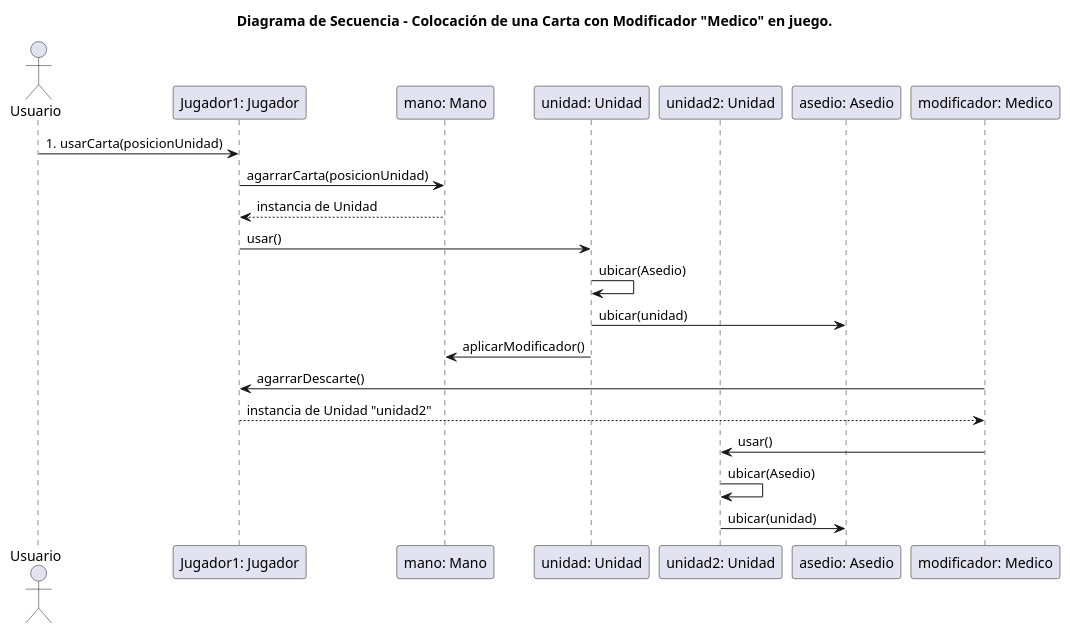
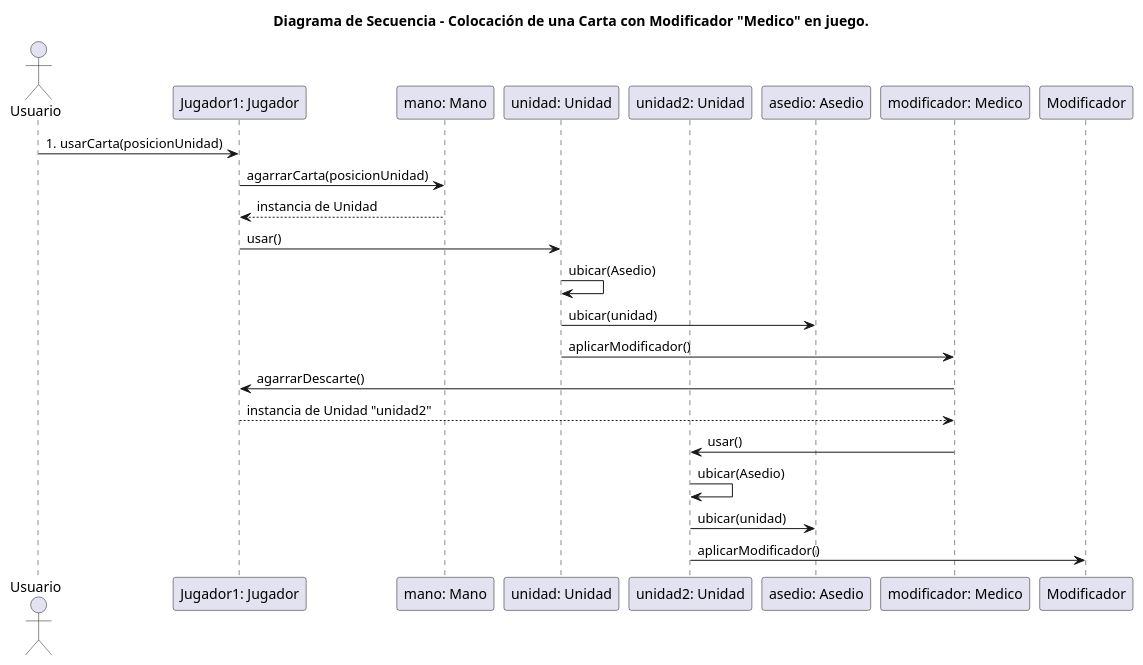
The diagram in diagrams/sequences/EntregaFinal/secuenciaMedico.puml (AgustN68/tp2-gwent), drawn with PlantUML before and after one commit. The commit also changed 1 other file, not shown here.

Commit message:
feat: agrego diagrama de caso de uso modificador espia y fixeo un diagrama.

```diff
--- a/diagrams/sequences/EntregaFinal/secuenciaMedico.puml
+++ b/diagrams/sequences/EntregaFinal/secuenciaMedico.puml
@@ -1,31 +1,33 @@
 @startuml Colocación de una Carta con Modificador "Cartas Unidas"
 title Diagrama de Secuencia - Colocación de una Carta con Modificador "Medico" en juego.
 
 ' Definir participantes
 actor Usuario
 participant "Jugador1: Jugador" as J1
 participant "mano: Mano" as M
 participant "unidad: Unidad" as C
 participant "unidad2: Unidad" as C2
 participant "asedio: Asedio" as A
 participant "modificador: Medico" as ME
+participant "Modificador" as MOD
 
 ' Interacciones
 Usuario -> J1: 1. usarCarta(posicionUnidad)
 J1 -> M: agarrarCarta(posicionUnidad)
 J1 <-- M: instancia de Unidad
 J1 -> C: usar()
 
 C -> C: ubicar(Asedio)
 C -> A: ubicar(unidad)
 
-C -> M: aplicarModificador()
+C -> ME: aplicarModificador()
 
 ME -> J1: agarrarDescarte()
 J1 --> ME: instancia de Unidad "unidad2"
 C2 <- ME: usar()
 
 C2 -> C2: ubicar(Asedio)
 C2 -> A: ubicar(unidad)
+C2 -> MOD: aplicarModificador()
 
 @enduml
```
